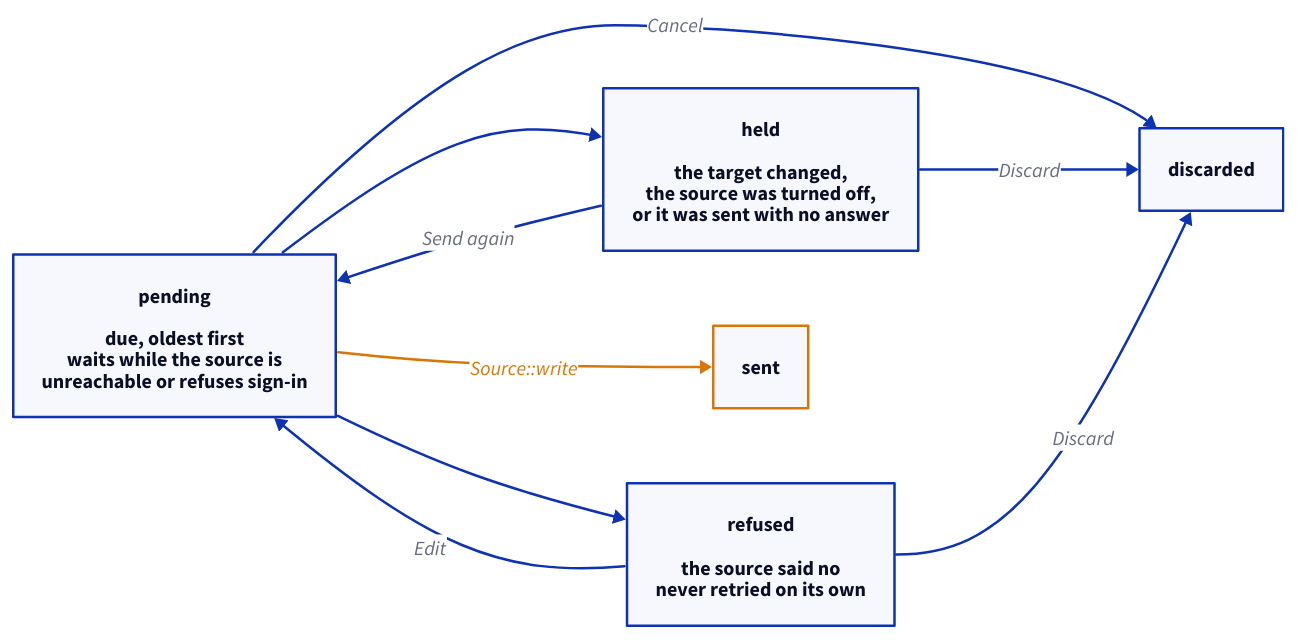
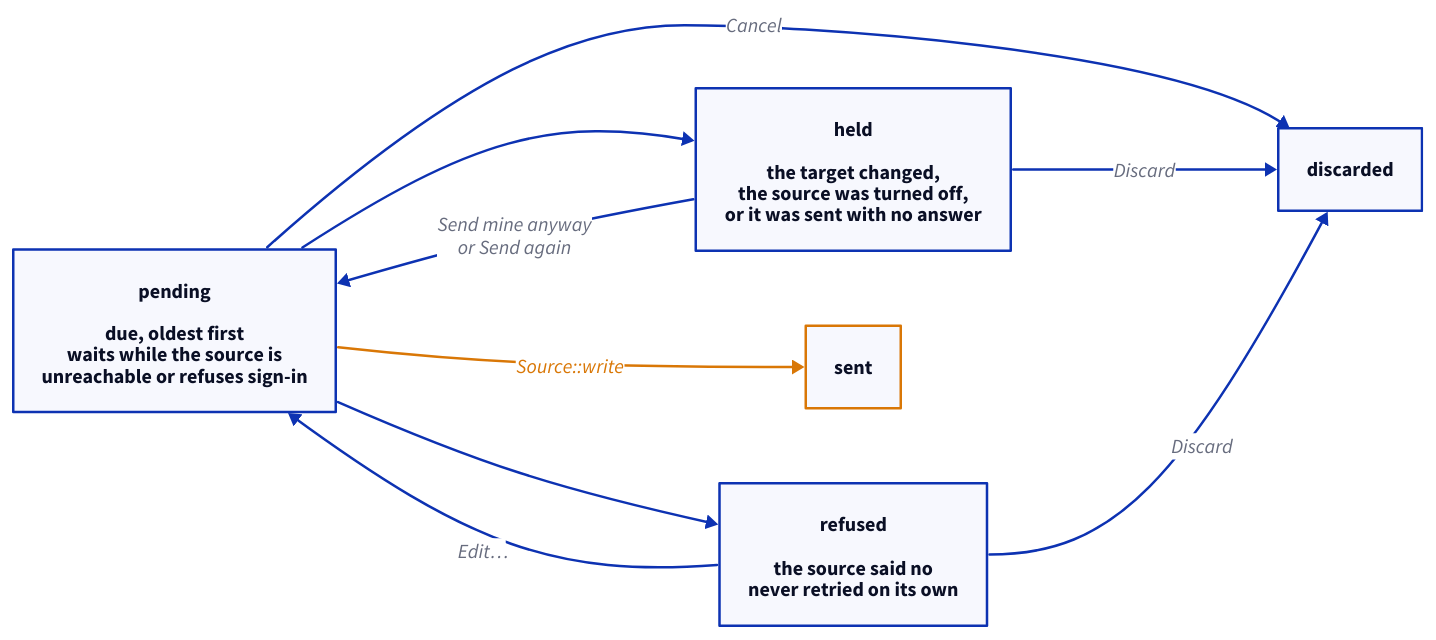
One commit to BFoerschner/knobas changed the diagram in docs/diagrams/write-queue.d2. Above: the diagram before and after it, drawn with D2. The commit also changed 20 other files, not shown here.

```diff
--- a/docs/diagrams/write-queue.d2
+++ b/docs/diagrams/write-queue.d2
@@ -1,42 +1,42 @@
 # docs/how-it-works.md's write queue states. `just readme-diagrams` renders it in both themes.
 #
 # The states are `knobas.write_queue`'s, and the words on the arrows are the queue's
 # own buttons (app/src/lib/shell/WriteQueue.svelte). Amber is the only way out to a
 # source. TALA leaves little room for long arrow labels, so detail goes in the boxes.
 
 direction: right
 
 classes: {
   write: {
     style: {
       stroke: "#D97706"
       stroke-width: 2
       font-color: "#D97706"
     }
   }
   write-box: {
     style: {
       stroke: "#D97706"
       stroke-width: 2
     }
   }
 }
 
 pending: "pending\n\ndue, oldest first\nwaits while the source is\nunreachable or refuses sign-in"
 held: "held\n\nthe target changed,\nthe source was turned off,\nor it was sent with no answer"
 refused: "refused\n\nthe source said no\nnever retried on its own"
 sent: "sent" {
   class: write-box
 }
 discarded: "discarded"
 
 pending -> sent: Source::write {
   class: write
 }
 pending -> held
 pending -> refused
-held -> pending: Send again
-refused -> pending: Edit
+held -> pending: "Send mine anyway\nor Send again"
+refused -> pending: "Edit…"
 pending -> discarded: Cancel
 held -> discarded: Discard
 refused -> discarded: Discard
```
